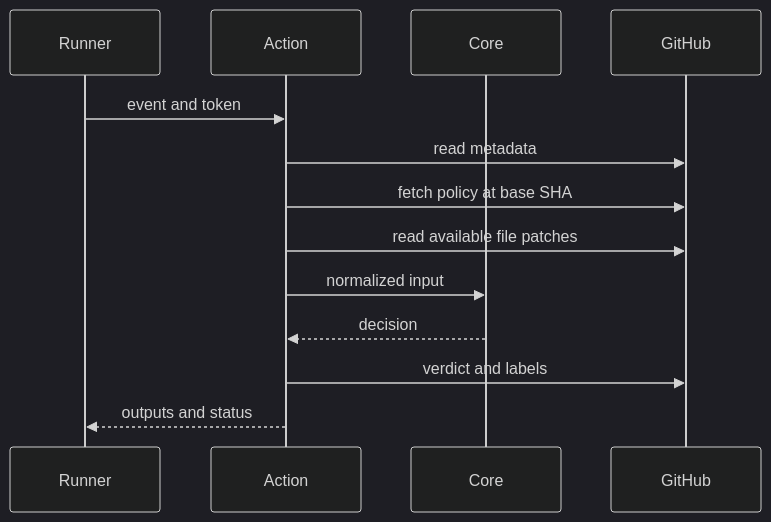
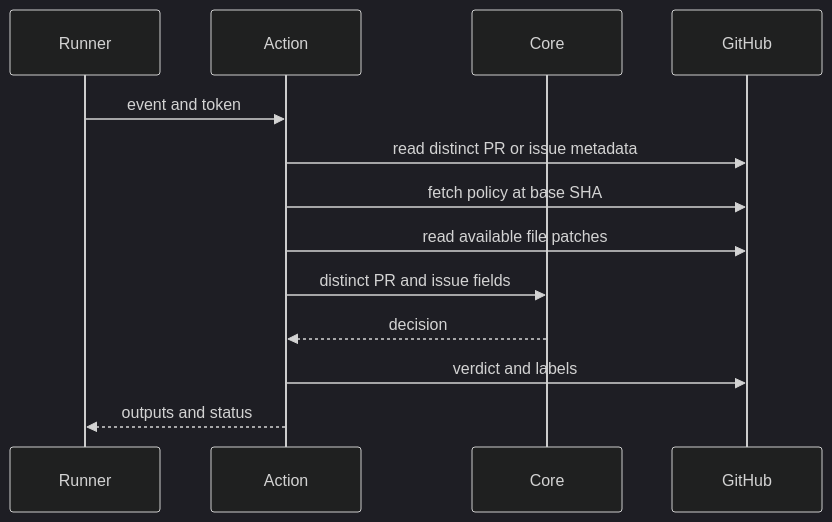
One commit to streamentry/AGENTOWNERS changed the second of 2 diagrams in packages/github-action/AGENTS.md. Above: the diagram before and after it, drawn with Mermaid (dark theme). The commit also changed other lines of this file and 12 other files, not shown here.

Commit message:
fix(core): evaluate issue rule conditions

````diff
--- a/packages/github-action/AGENTS.md
+++ b/packages/github-action/AGENTS.md
@@ -35,15 +37,15 @@
 ```mermaid
 sequenceDiagram
   participant Runner
   participant Action
   participant Core
   participant GitHub
   Runner->>Action: event and token
-  Action->>GitHub: read metadata
+  Action->>GitHub: read distinct PR or issue metadata
   Action->>GitHub: fetch policy at base SHA
   Action->>GitHub: read available file patches
-  Action->>Core: normalized input
+  Action->>Core: distinct PR and issue fields
   Core-->>Action: decision
   Action->>GitHub: verdict and labels
   Action-->>Runner: outputs and status
 ```
````
